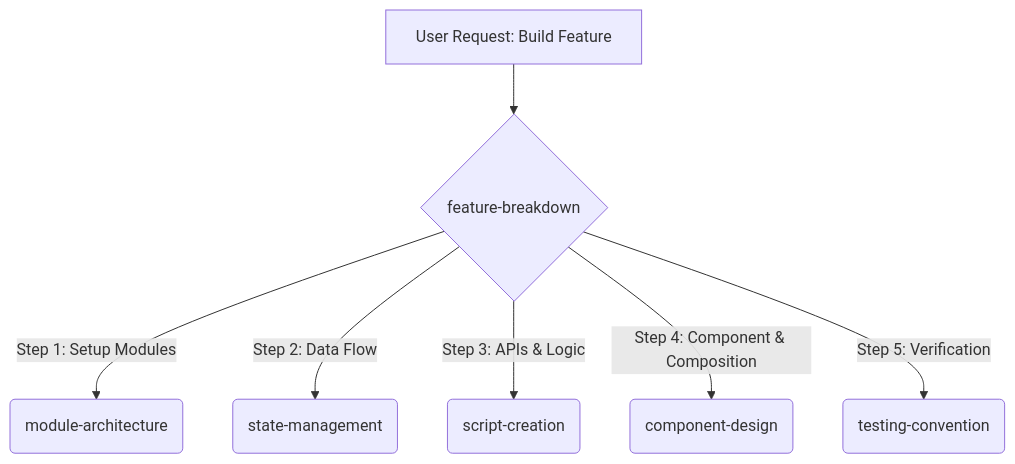
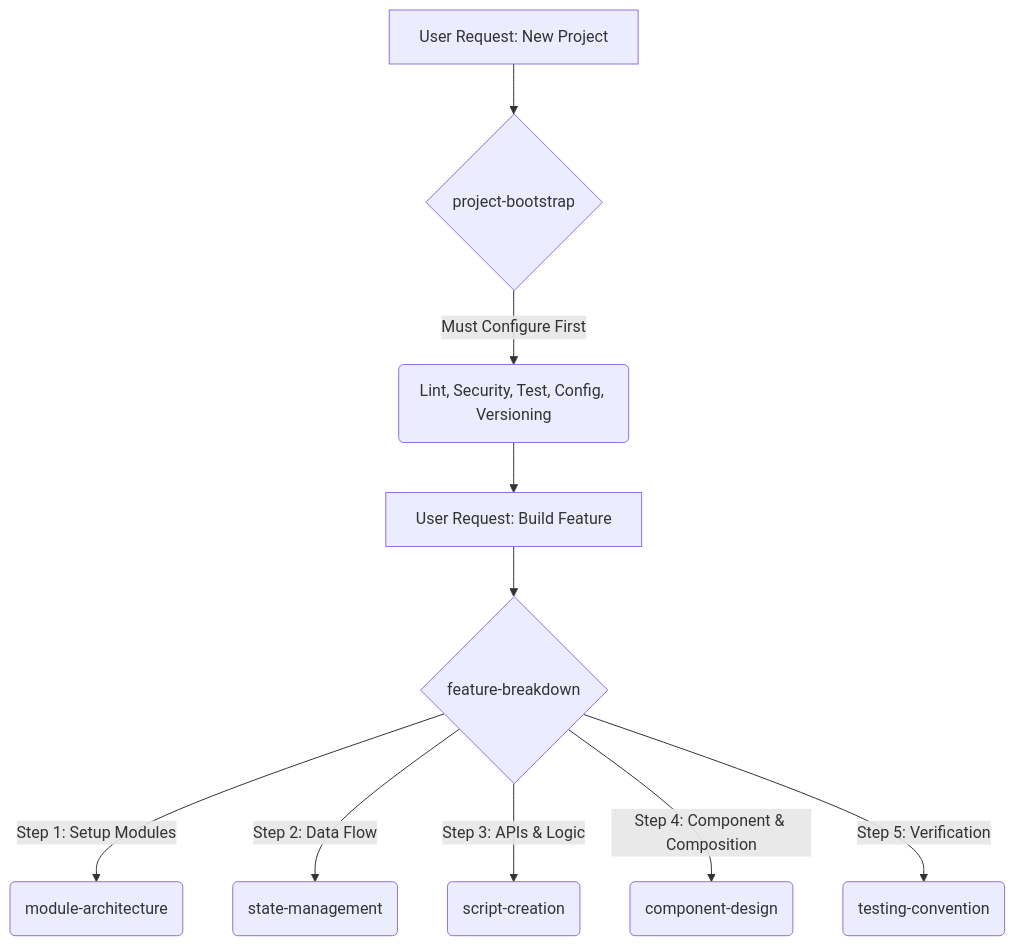
One commit to ReiiYuki/f-skill changed the diagram in README.md. Above: the diagram before and after it, drawn with Mermaid. The commit also changed other lines of this file and 1 other file, not shown here.

Commit message:
feat: add project-bootstrap skill for day-zero setup

````diff
--- a/README.md
+++ b/README.md
@@ -38,9 +39,13 @@
 ```mermaid
 graph TD
+    Z[User Request: New Project] --> Y{project-bootstrap}
+    Y -->|Must Configure First| X(Lint, Security, Test, Config, Versioning)
+    X --> A
+    
     A[User Request: Build Feature] --> B{feature-breakdown}
     B -->|Step 1: Setup Modules| C(module-architecture)
     B -->|Step 2: Data Flow| D(state-management)
     B -->|Step 3: APIs & Logic| E(script-creation)
     B -->|Step 4: Component & Composition| F(component-design)
     B -->|Step 5: Verification| G(testing-convention)
 ```
````
